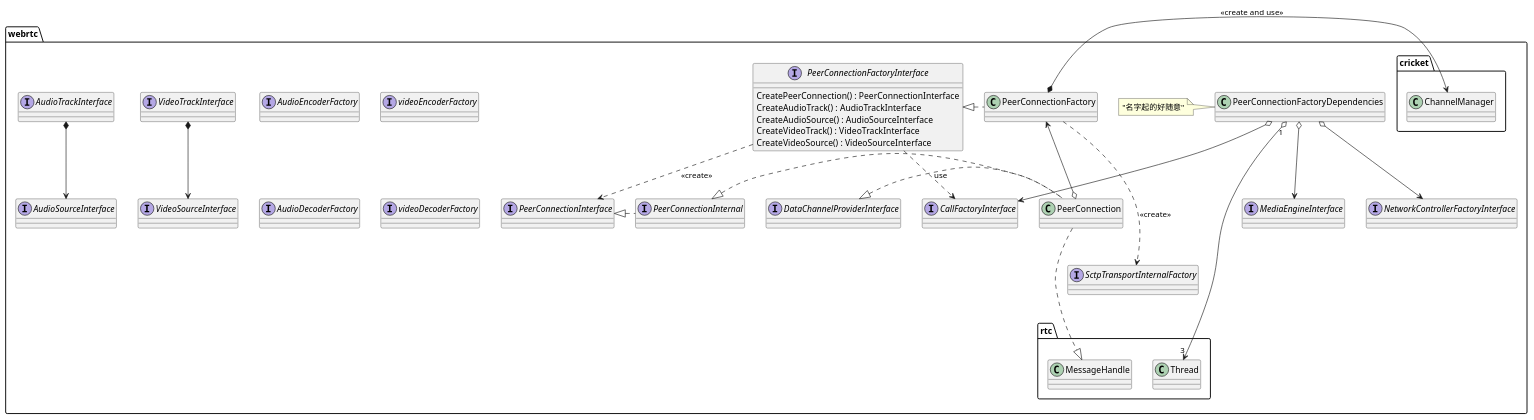
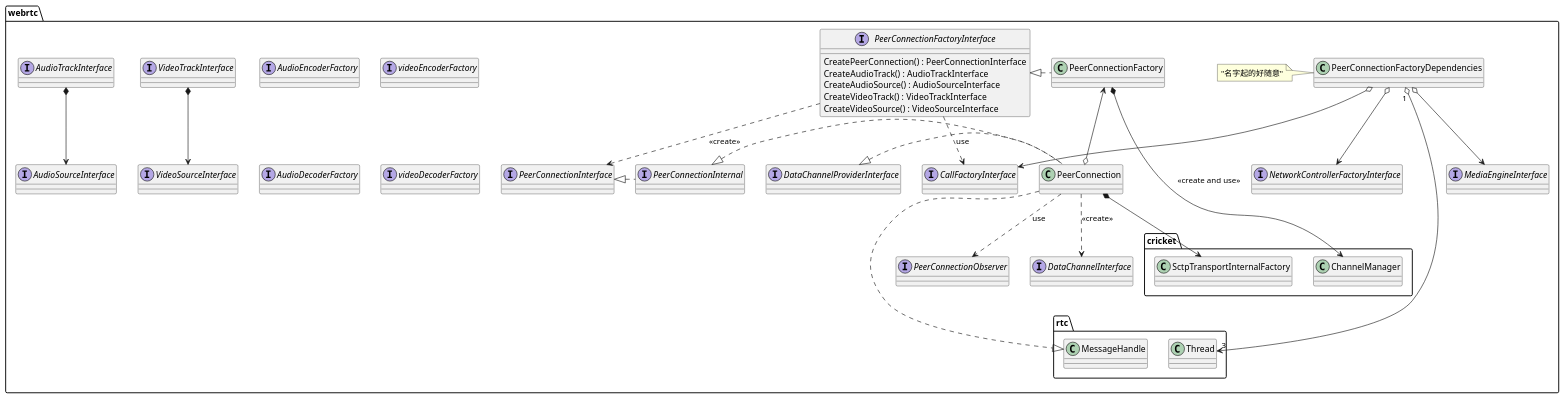
The diagram in webrtc_chrome/peerconnection.md (mingxin505/webrtcNote), drawn with PlantUML before and after one commit. The commit also changed other lines of this file and 2 other files, not shown here.

````diff
--- a/webrtc_chrome/peerconnection.md
+++ b/webrtc_chrome/peerconnection.md
@@ -1,50 +1,53 @@
 ```plantuml
 page 2x2
 package webrtc {
     interface CallFactoryInterface
-    interface SctpTransportInternalFactory
     interface AudioEncoderFactory
     interface videoEncoderFactory
     interface AudioDecoderFactory
     interface videoDecoderFactory
     interface PeerConnectionInterface
     interface VideoSourceInterface
     interface VideoTrackInterface
     interface AudioSourceInterface
     interface AudioTrackInterface
     interface DataChannelProviderInterface
     interface PeerConnectionInternal
     interface PeerConnectionInterface
     interface MediaEngineInterface
     interface NetworkControllerFactoryInterface
     interface CallFactoryInterface
+    interface DataChannelInterface
+    interface PeerConnectionObserver
     interface PeerConnectionFactoryInterface {
         CreatePeerConnection() : PeerConnectionInterface
         CreateAudioTrack() : AudioTrackInterface
         CreateAudioSource() : AudioSourceInterface
         CreateVideoTrack() : VideoTrackInterface
         CreateVideoSource() : VideoSourceInterface
     }
     class PeerConnectionFactory {
 
     }
     class PeerConnectionFactoryDependencies
     note left: "名字起的好随意"
     PeerConnectionFactoryDependencies "1" o--> "3" rtc.Thread
     PeerConnectionFactoryDependencies o--> CallFactoryInterface
     PeerConnectionFactoryDependencies o--> MediaEngineInterface
     PeerConnectionFactoryDependencies o--> NetworkControllerFactoryInterface
     PeerConnectionFactoryInterface ..> CallFactoryInterface : use
     PeerConnectionFactoryInterface ..> PeerConnectionInterface : <<create>>
     PeerConnectionFactory *-> cricket.ChannelManager : <<create and use>>
     PeerConnectionFactory ..left.|> PeerConnectionFactoryInterface
     PeerConnection ...|> rtc.MessageHandle
     PeerConnection .left..|> DataChannelProviderInterface
     PeerConnection .left..|> PeerConnectionInternal
+    PeerConnection *--> cricket.SctpTransportInternalFactory
+    PeerConnection ..> DataChannelInterface : <<create>>
+    PeerConnection ..> PeerConnectionObserver : use
     PeerConnectionInternal ..left.|>PeerConnectionInterface
     PeerConnection o-up-> PeerConnectionFactory
-    PeerConnectionFactory ...> SctpTransportInternalFactory : <<create>>
     VideoTrackInterface *--> VideoSourceInterface
     AudioTrackInterface *--> AudioSourceInterface
 }
 ```
````
